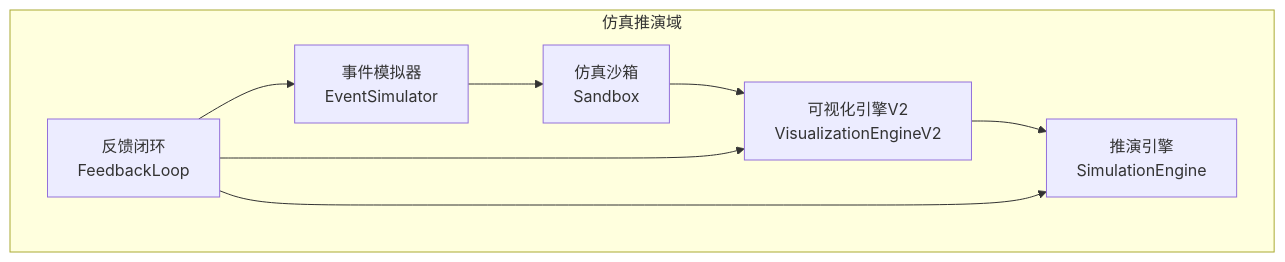
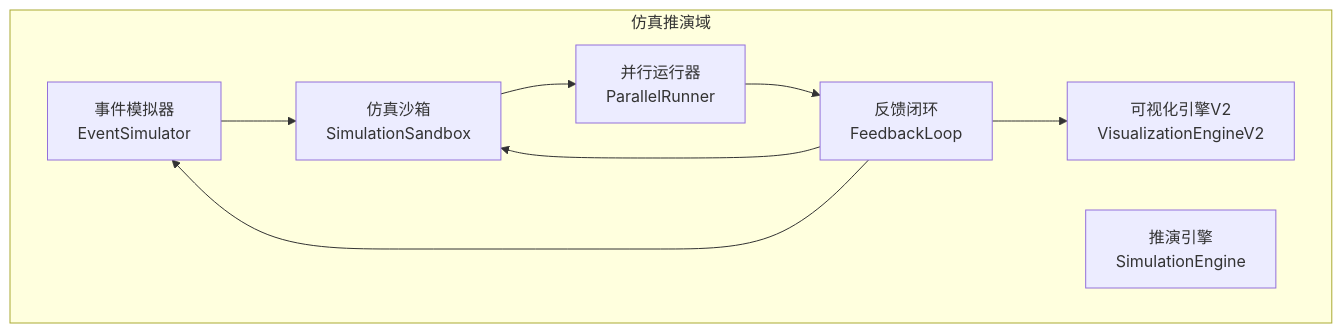
The first of 8 diagrams in .qoder/repowiki/zh/content/核心模块/仿真推演模块/仿真推演模块.md (inier/ontology-graphiti), drawn with Mermaid before and after one commit. The commit also changed other lines of this file and 8 other files, not shown here.

````diff
--- a/.qoder/repowiki/zh/content/核心模块/仿真推演模块/仿真推演模块.md
+++ b/.qoder/repowiki/zh/content/核心模块/仿真推演模块/仿真推演模块.md
@@ -35,16 +52,17 @@
 ```mermaid
 graph TB
 subgraph "仿真推演域"
 ES["事件模拟器<br/>EventSimulator"]
-SS["仿真沙箱<br/>Sandbox"]
+SS["仿真沙箱<br/>SimulationSandbox"]
+PR["并行运行器<br/>ParallelRunner"]
 FB["反馈闭环<br/>FeedbackLoop"]
 VE["可视化引擎V2<br/>VisualizationEngineV2"]
 SE["推演引擎<br/>SimulationEngine"]
 end
 ES --> SS
-SS --> VE
-VE --> SE
-FB --> SE
+SS --> PR
+PR --> FB
+FB --> VE
 FB --> ES
-FB --> VE
+FB --> SS
 ```
````
